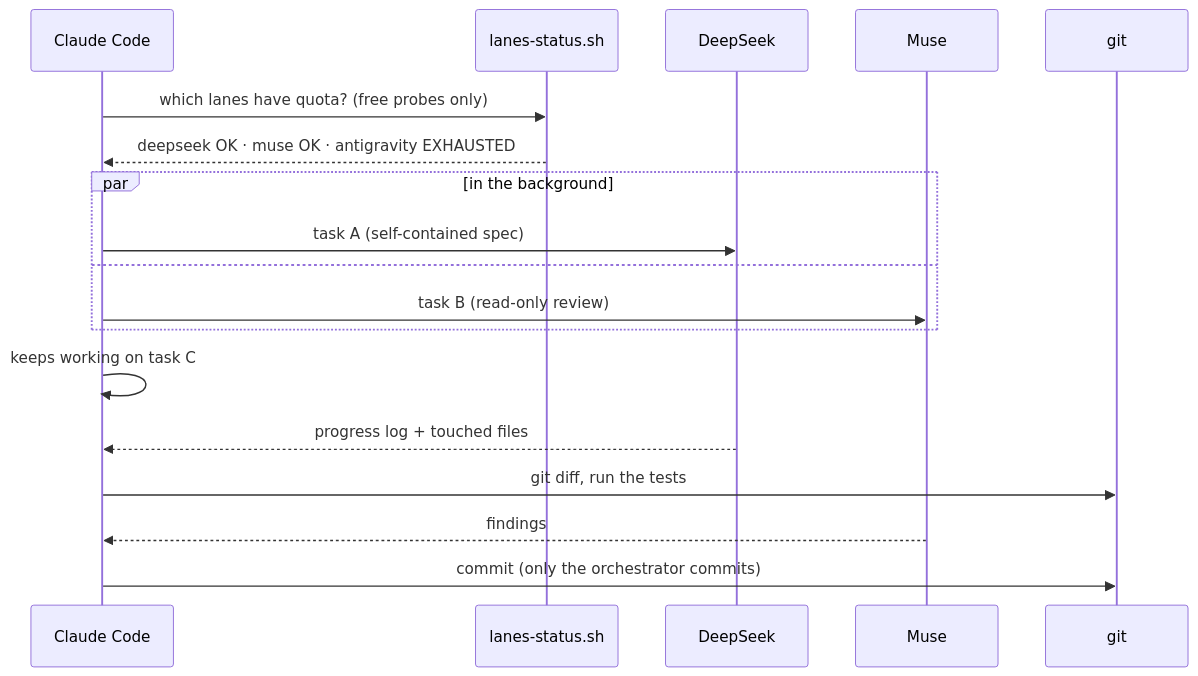
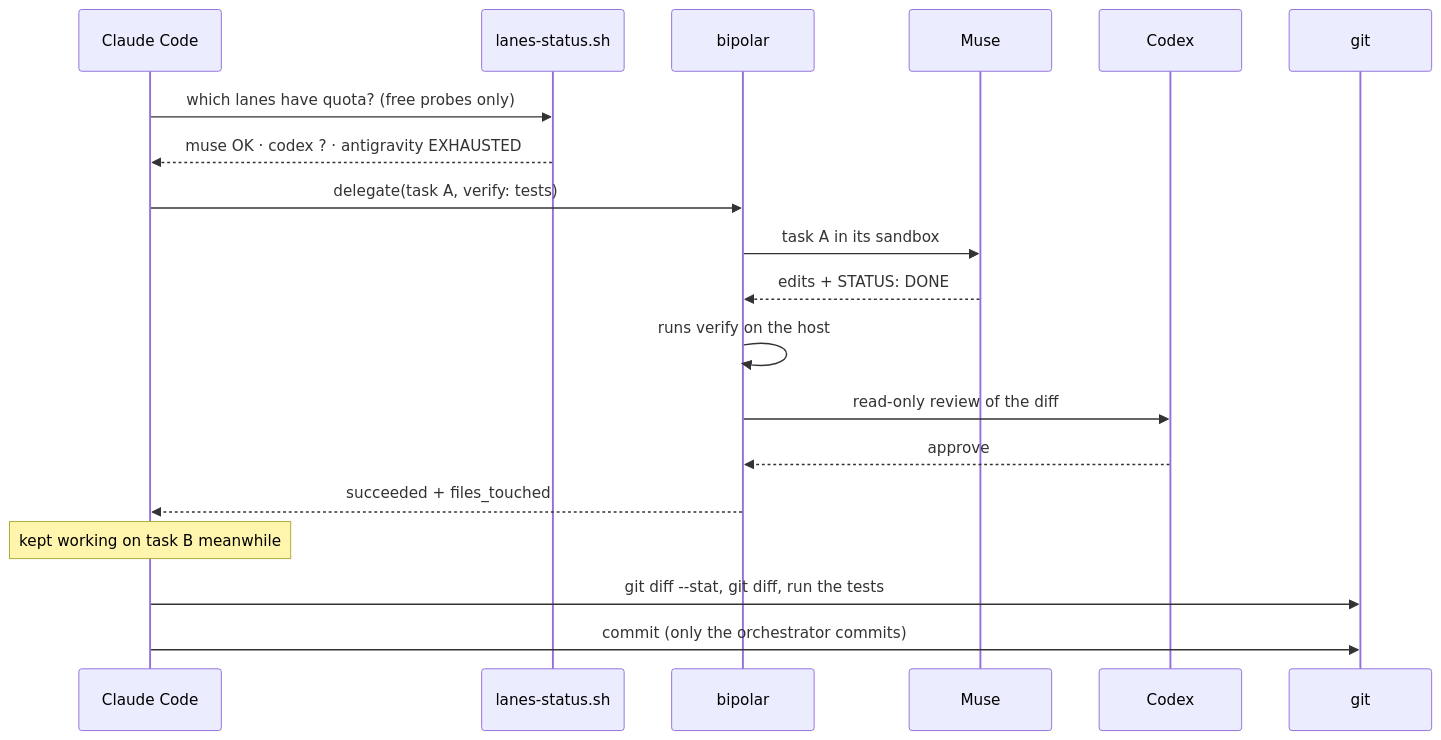
One commit to santiquiroz/claude-delegation-kit changed the third of 3 diagrams in README.md. Above: the diagram before and after it, drawn with Mermaid. The commit also changed other lines of this file and 15 other files, not shown here.

First line of the commit message:
feat: bipolar MCP as preferred path, OpenRouter lane, Muse-first order (#1)

````diff
--- a/README.md
+++ b/README.md
@@ -48,20 +50,21 @@
 ```mermaid
 sequenceDiagram
     participant C as Claude Code
     participant S as lanes-status.sh
-    participant D as DeepSeek
+    participant B as bipolar
     participant M as Muse
+    participant X as Codex
     participant G as git
     C->>S: which lanes have quota? (free probes only)
-    S-->>C: deepseek OK · muse OK · antigravity EXHAUSTED
-    par in the background
-        C->>D: task A (self-contained spec)
-    and
-        C->>M: task B (read-only review)
-    end
-    C->>C: keeps working on task C
-    D-->>C: progress log + touched files
-    C->>G: git diff, run the tests
-    M-->>C: findings
+    S-->>C: muse OK · codex ? · antigravity EXHAUSTED
+    C->>B: delegate(task A, verify: tests)
+    B->>M: task A in its sandbox
+    M-->>B: edits + STATUS: DONE
+    B->>B: runs verify on the host
+    B->>X: read-only review of the diff
+    X-->>B: approve
+    B-->>C: succeeded + files_touched
+    Note over C: kept working on task B meanwhile
+    C->>G: git diff --stat, git diff, run the tests
     C->>G: commit (only the orchestrator commits)
 ```
````
